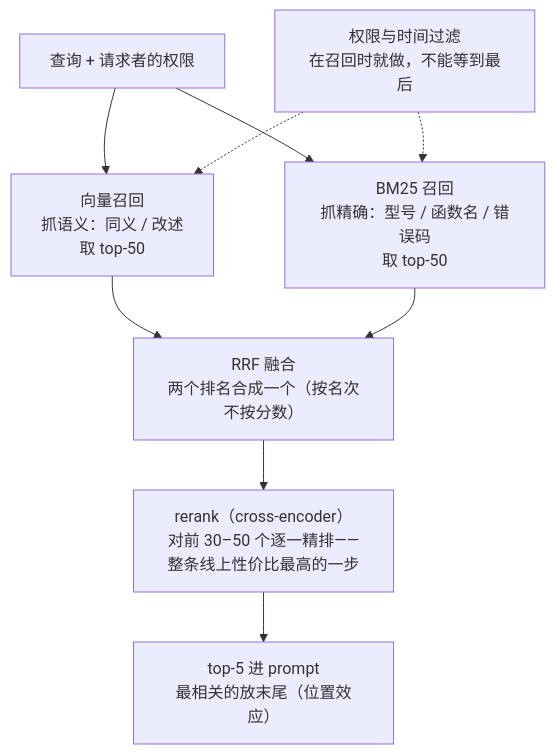
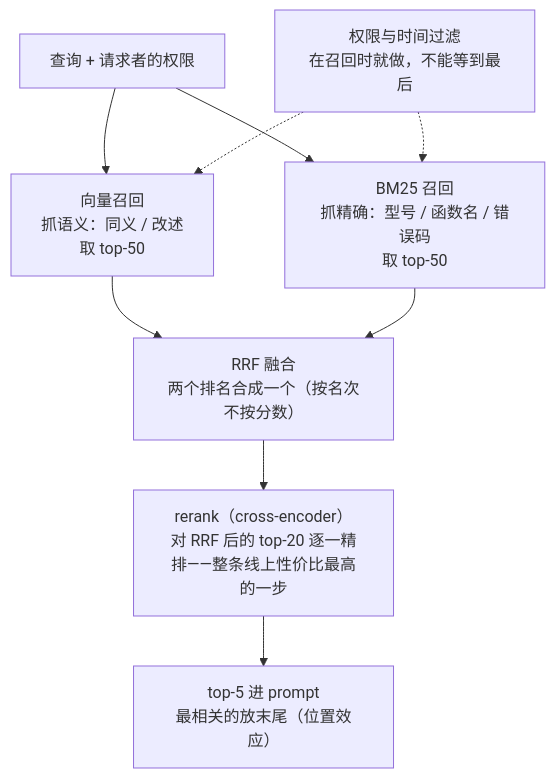
One commit to arganzheng/arganzheng.github.com changed the first of 6 diagrams in _posts/2026-10-16-indexing-hybrid-search-and-reranking.md. Above: the diagram before and after it, drawn with Mermaid. The commit also changed other lines of this file, not shown here.

First line of the commit message:
检索与知识接入 04：混合检索路径 ASCII 图改 Mermaid

````diff
--- a/_posts/2026-10-16-indexing-hybrid-search-and-reranking.md
+++ b/_posts/2026-10-16-indexing-hybrid-search-and-reranking.md
@@ -22,12 +22,12 @@
 ```mermaid
 %%{init: {"flowchart": {"wrappingWidth": 200}}}%%
 %% 图：一次检索的路径：两路召回 → RRF 融合 → rerank → top-5 进 prompt
 flowchart TB
     Q["查询 + 请求者的权限"] --> A["向量召回<br/>抓语义：同义 / 改述<br/>取 top-50"]
     Q --> B["BM25 召回<br/>抓精确：型号 / 函数名 / 错误码<br/>取 top-50"]
     P["权限与时间过滤<br/>在召回时就做，不能等到最后"] -.-> A & B
     A & B --> R["RRF 融合<br/>两个排名合成一个（按名次不按分数）"]
-    R --> K["rerank（cross-encoder）<br/>对前 30–50 个逐一精排——整条线上性价比最高的一步"]
+    R --> K["rerank（cross-encoder）<br/>对 RRF 后的 top-20 逐一精排——整条线上性价比最高的一步"]
     K --> O["top-5 进 prompt<br/>最相关的放末尾（位置效应）"]
 
 ```
````
